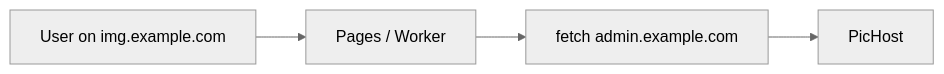
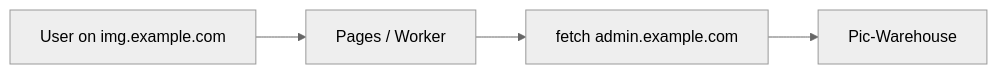
The second of 2 diagrams in docs-site/en/guide/cloudflare-deployment.md (muxin-403/Pic-Warehouse), drawn with Mermaid (neutral theme) before and after one commit. The commit also changed other lines of this file and 37 other files, not shown here.

First line of the commit message:
docs: 项目更名 Pic-Warehouse 并迁移镜像地址至 GHCR

````diff
--- a/docs-site/en/guide/cloudflare-deployment.md
+++ b/docs-site/en/guide/cloudflare-deployment.md
@@ -94,9 +94,9 @@
 ```mermaid
 flowchart LR
   user[User on img.example.com]
   worker[Pages / Worker]
   admin[fetch admin.example.com]
-  app[PicHost]
+  app[Pic-Warehouse]
 
   user --> worker --> admin --> app
 ```
````
